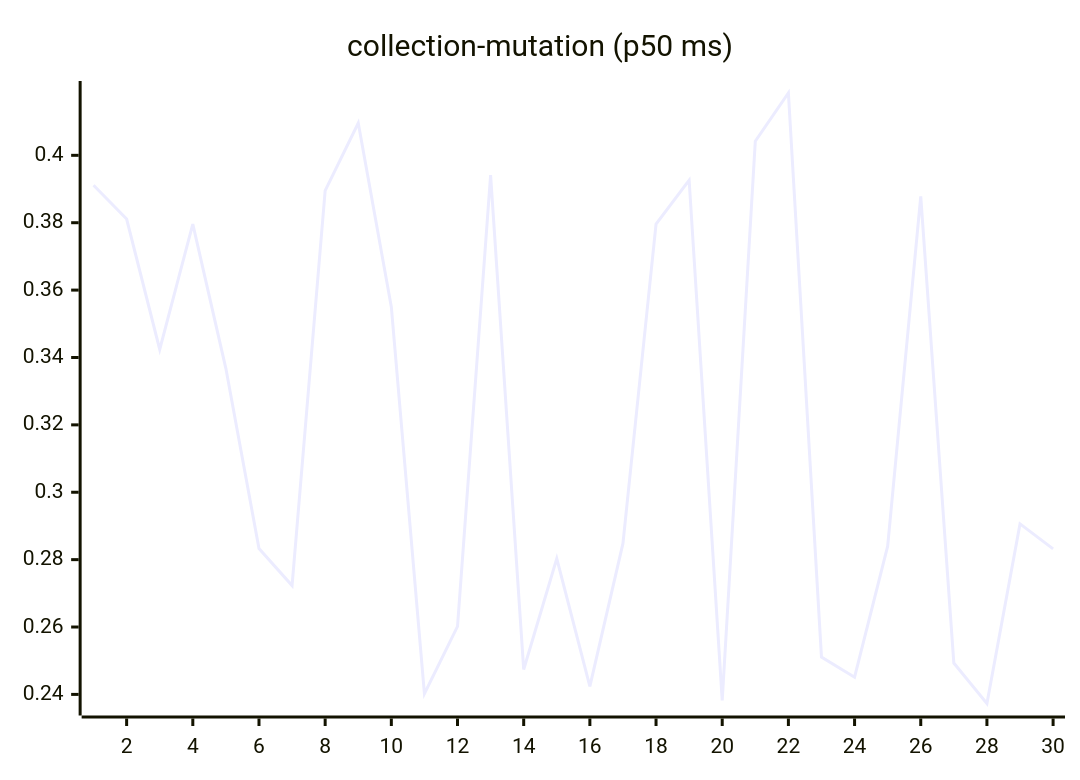
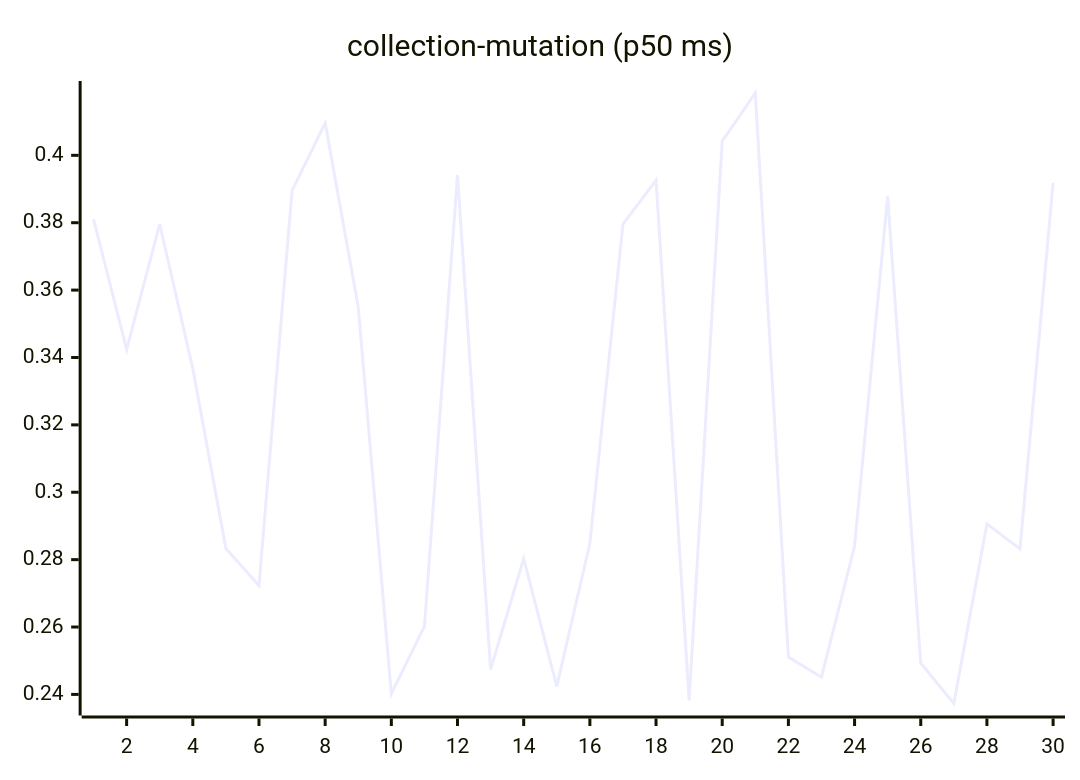
Before and after one commit to josha/Facet: the sixth of 27 diagrams in README.md, drawn with Mermaid. The commit also changed other lines of this file and 2 other files, not shown here.

````diff
--- a/README.md
+++ b/README.md
@@ -98,6 +98,6 @@
 ```mermaid
 xychart-beta
     title "collection-mutation (p50 ms)"
     x-axis 1 --> 30
-    line [0.3911, 0.3811, 0.3424, 0.3796, 0.3367, 0.2833, 0.2723, 0.3895, 0.4096, 0.3550, 0.2402, 0.2602, 0.3941, 0.2474, 0.2803, 0.2424, 0.2848, 0.3796, 0.3926, 0.2382, 0.4042, 0.4185, 0.2511, 0.2451, 0.2840, 0.3878, 0.2493, 0.2373, 0.2906, 0.2832]
+    line [0.3811, 0.3424, 0.3796, 0.3367, 0.2833, 0.2723, 0.3895, 0.4096, 0.3550, 0.2402, 0.2602, 0.3941, 0.2474, 0.2803, 0.2424, 0.2848, 0.3796, 0.3926, 0.2382, 0.4042, 0.4185, 0.2511, 0.2451, 0.2840, 0.3878, 0.2493, 0.2373, 0.2906, 0.2832, 0.3918]
 ```
````
